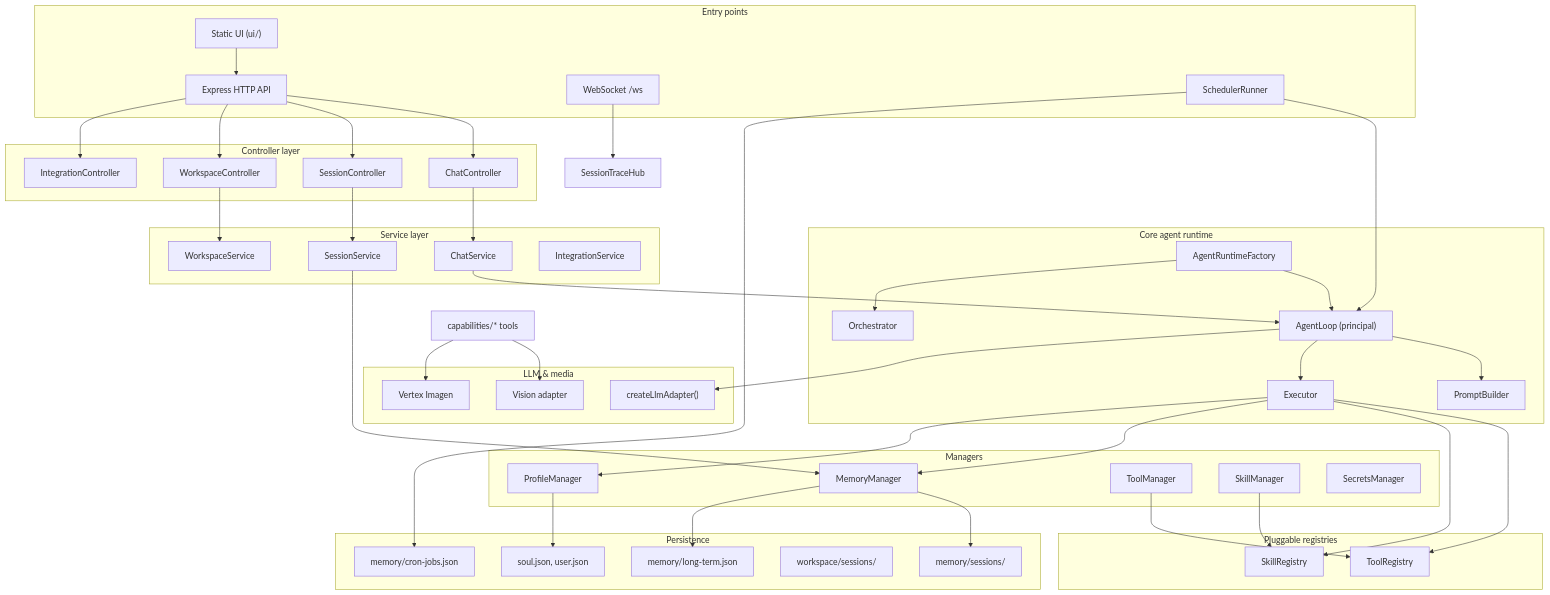
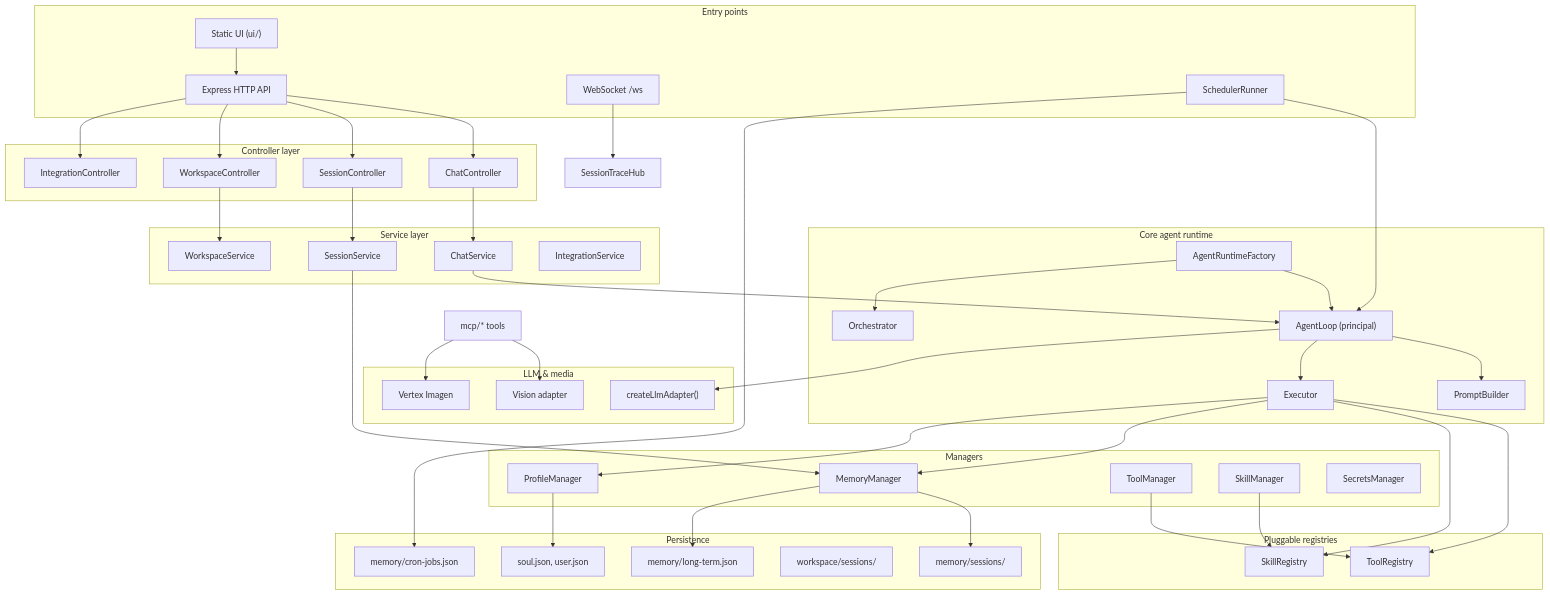
Before and after one commit to oshan1998/AgentX: the first of 2 diagrams in ARCHITECTURE.md, drawn with Mermaid. The commit also changed other lines of this file and 153 other files, not shown here.

````diff
--- a/ARCHITECTURE.md
+++ b/ARCHITECTURE.md
@@ -107,80 +107,80 @@
 ```mermaid
 flowchart TB
   subgraph Entry["Entry points"]
     HTTP["Express HTTP API"]
     WS["WebSocket /ws"]
     UI["Static UI (ui/)"]
     Cron["SchedulerRunner"]
   end
 
   subgraph Controllers["Controller layer"]
     ChatCtrl["ChatController"]
     SessionCtrl["SessionController"]
     WorkspaceCtrl["WorkspaceController"]
     IntegrationCtrl["IntegrationController"]
   end
 
   subgraph Services["Service layer"]
     ChatSvc["ChatService"]
     SessionSvc["SessionService"]
     WorkspaceSvc["WorkspaceService"]
     IntegrationSvc["IntegrationService"]
   end
 
   subgraph Core["Core agent runtime"]
     AL["AgentLoop (principal)"]
     PB["PromptBuilder"]
     EX["Executor"]
     ARF["AgentRuntimeFactory"]
     ORCH["Orchestrator"]
   end
 
   subgraph Registries["Pluggable registries"]
     TR["ToolRegistry"]
     SR["SkillRegistry"]
   end
 
   subgraph Managers["Managers"]
     MM["MemoryManager"]
     PM["ProfileManager"]
     TM["ToolManager"]
     SM["SkillManager"]
     SecM["SecretsManager"]
   end
 
   subgraph Adapters["LLM & media"]
     LLMF["createLlmAdapter()"]
     Vision["Vision adapter"]
     Imagen["Vertex Imagen"]
   end
 
   subgraph Persistence["Persistence"]
     Sessions["memory/sessions/"]
     LTM["memory/long-term.json"]
     Profiles["soul.json, user.json"]
     Workspace["workspace/sessions/"]
     CronFile["memory/cron-jobs.json"]
   end
 
   UI --> HTTP
   HTTP --> ChatCtrl & SessionCtrl & WorkspaceCtrl & IntegrationCtrl
   WS --> TraceHub["SessionTraceHub"]
 
   ChatCtrl --> ChatSvc --> AL
   SessionCtrl --> SessionSvc --> MM
   WorkspaceCtrl --> WorkspaceSvc
   Cron --> AL
 
   AL --> PB & EX
   EX --> TR & SR & MM & PM
   ARF --> AL & ORCH
   TM --> TR
   SM --> SR
 
   AL --> LLMF
-  CapTools["capabilities/* tools"] --> Vision & Imagen
+  McpTools["mcp/* tools"] --> Vision & Imagen
 
   MM --> Sessions & LTM
   PM --> Profiles
   Cron --> CronFile
 ```
````
